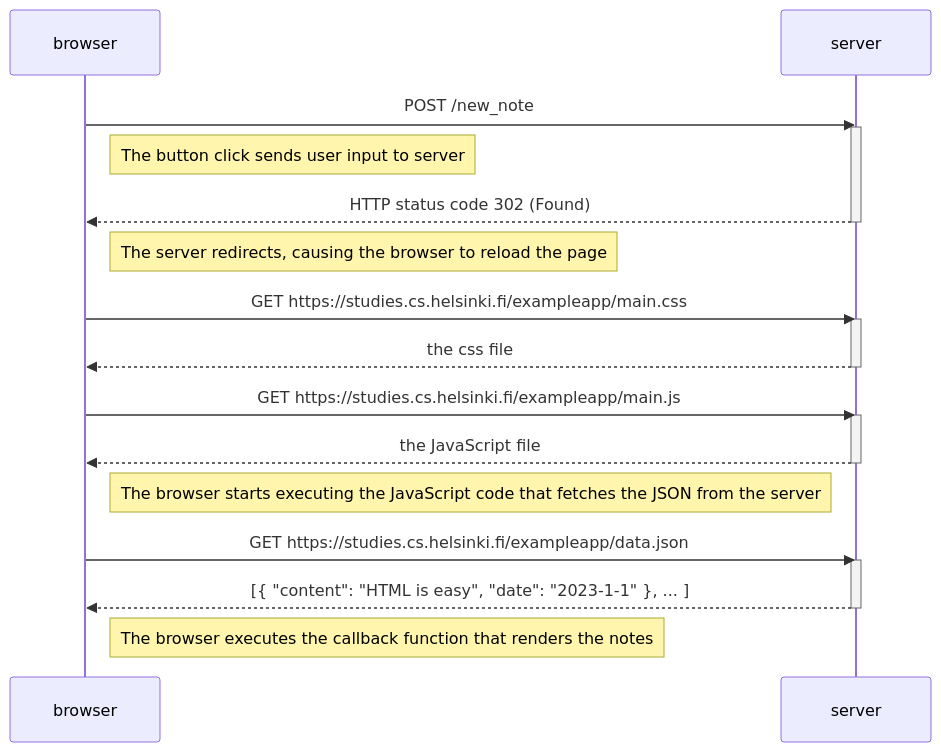
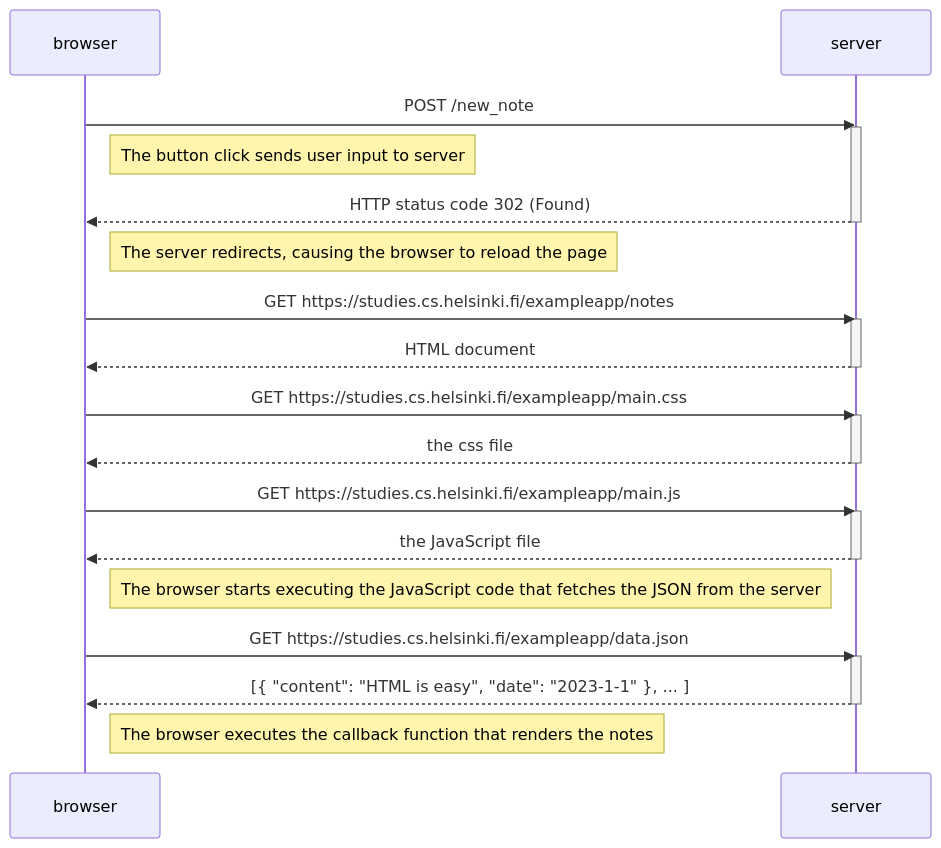
One commit to daniellandsman1/full-stack-open changed the diagram in part0/exercise-0.4.md. Above: the diagram before and after it, drawn with Mermaid.

````diff
--- a/part0/exercise-0.4.md
+++ b/part0/exercise-0.4.md
@@ -4,34 +4,39 @@
 ```mermaid
 sequenceDiagram
     participant browser
     participant server
 
     browser->>server: POST /new_note
     activate server
 
     Note right of browser: The button click sends user input to server
 
     server-->>browser: HTTP status code 302 (Found)
     deactivate server
 
     Note right of browser: The server redirects, causing the browser to reload the page
+
+    browser->>server: GET https://studies.cs.helsinki.fi/exampleapp/notes
+    activate server
+    server-->>browser: HTML document
+    deactivate server
 
     browser->>server: GET https://studies.cs.helsinki.fi/exampleapp/main.css
     activate server
     server-->>browser: the css file
     deactivate server
 
     browser->>server: GET https://studies.cs.helsinki.fi/exampleapp/main.js
     activate server
     server-->>browser: the JavaScript file
     deactivate server
 
     Note right of browser: The browser starts executing the JavaScript code that fetches the JSON from the server
 
     browser->>server: GET https://studies.cs.helsinki.fi/exampleapp/data.json
     activate server
     server-->>browser: [{ "content": "HTML is easy", "date": "2023-1-1" }, ... ]
     deactivate server
 
     Note right of browser: The browser executes the callback function that renders the notes
 ```
````
